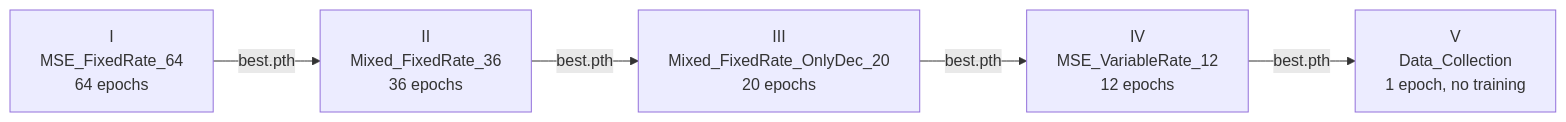
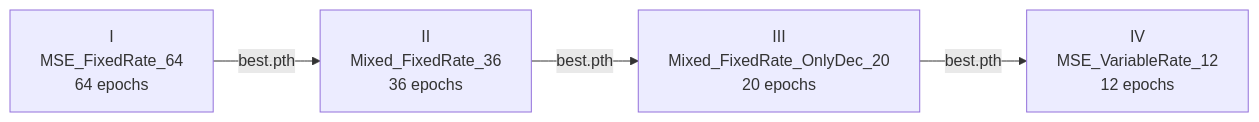
Before and after one commit to akarabutov/jpeg-ai-reference-software: the third of 5 diagrams in docs/architecture/13-training.md, drawn with Mermaid. The commit also changed other lines of this file and 11 other files, not shown here.

First line of the commit message:
Remove clip_thres data collection from the CCS training

````diff
--- a/docs/architecture/13-training.md
+++ b/docs/architecture/13-training.md
@@ -365,10 +365,9 @@
 ```mermaid
 flowchart LR
     S1["I<br/>MSE_FixedRate_64<br/>64 epochs"]
     S2["II<br/>Mixed_FixedRate_36<br/>36 epochs"]
     S3["III<br/>Mixed_FixedRate_OnlyDec_20<br/>20 epochs"]
     S4["IV<br/>MSE_VariableRate_12<br/>12 epochs"]
-    S5["V<br/>Data_Collection<br/>1 epoch, no training"]
 
-    S1 -->|best.pth| S2 -->|best.pth| S3 -->|best.pth| S4 -->|best.pth| S5
+    S1 -->|best.pth| S2 -->|best.pth| S3 -->|best.pth| S4
 ```
````
